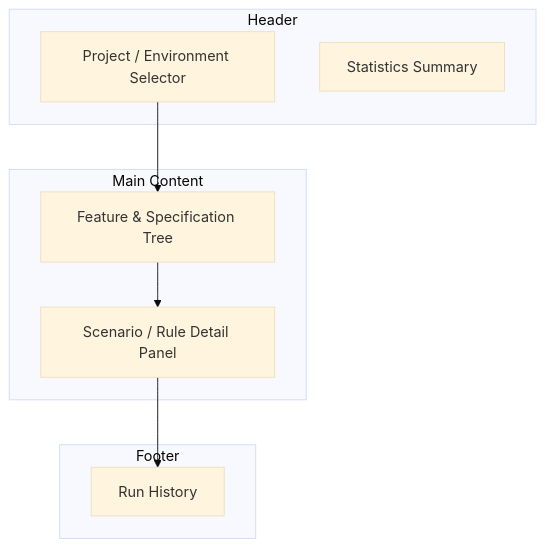
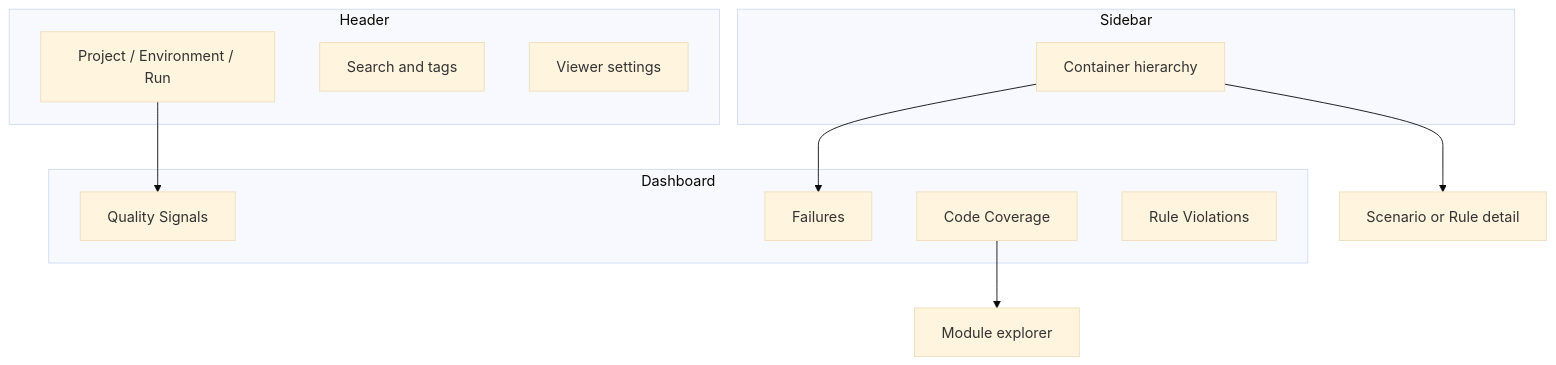
One commit to dotnetprofessional/LiveDoc changed the first of 4 diagrams in docs/docs/viewer/learn/understanding-the-ui.mdx. Above: the diagram before and after it, drawn with Mermaid (base theme). The commit also changed other lines of this file and 425 other files, not shown here.

````diff
--- a/docs/docs/viewer/learn/understanding-the-ui.mdx
+++ b/docs/docs/viewer/learn/understanding-the-ui.mdx
@@ -24,17 +24,21 @@
 ```mermaid
 graph TD
     subgraph Header
-        PS[Project / Environment Selector]
-        STATS[Statistics Summary]
+        PS[Project / Environment / Run]
+        FILTER[Search and tags]
+        SETTINGS[Viewer settings]
     end
-    subgraph Main["Main Content"]
-        TREE[Feature & Specification Tree]
-        DETAIL[Scenario / Rule Detail Panel]
+    subgraph Sidebar
+        TREE[Container hierarchy]
     end
-    subgraph Footer
-        HISTORY[Run History]
+    subgraph Dashboard
+        SIGNALS[Quality Signals]
+        FAILURES[Failures]
+        COVERAGE[Code Coverage]
+        RULES[Rule Violations]
     end
-    PS --> TREE
-    TREE --> DETAIL
-    DETAIL --> HISTORY
+    PS --> SIGNALS
+    TREE --> FAILURES
+    COVERAGE --> EXPLORER[Module explorer]
+    TREE --> DETAIL[Scenario or Rule detail]
 ```
````
